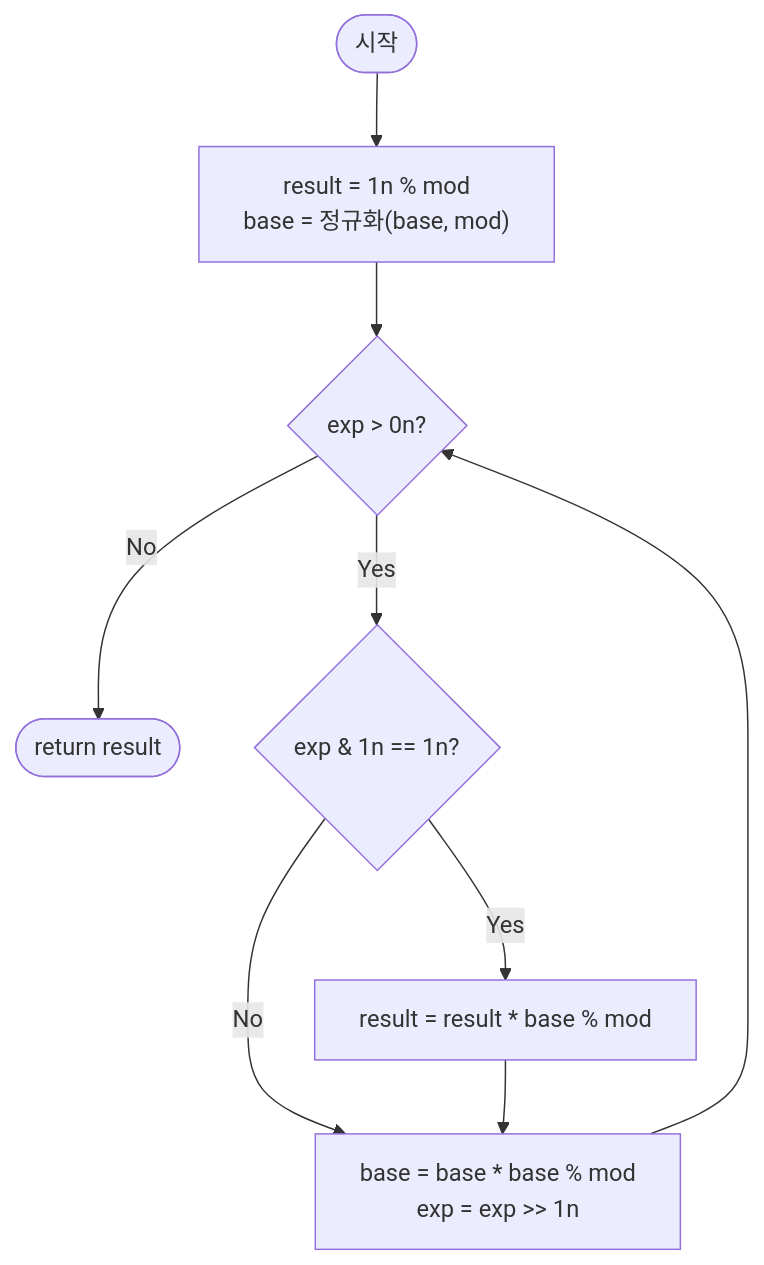
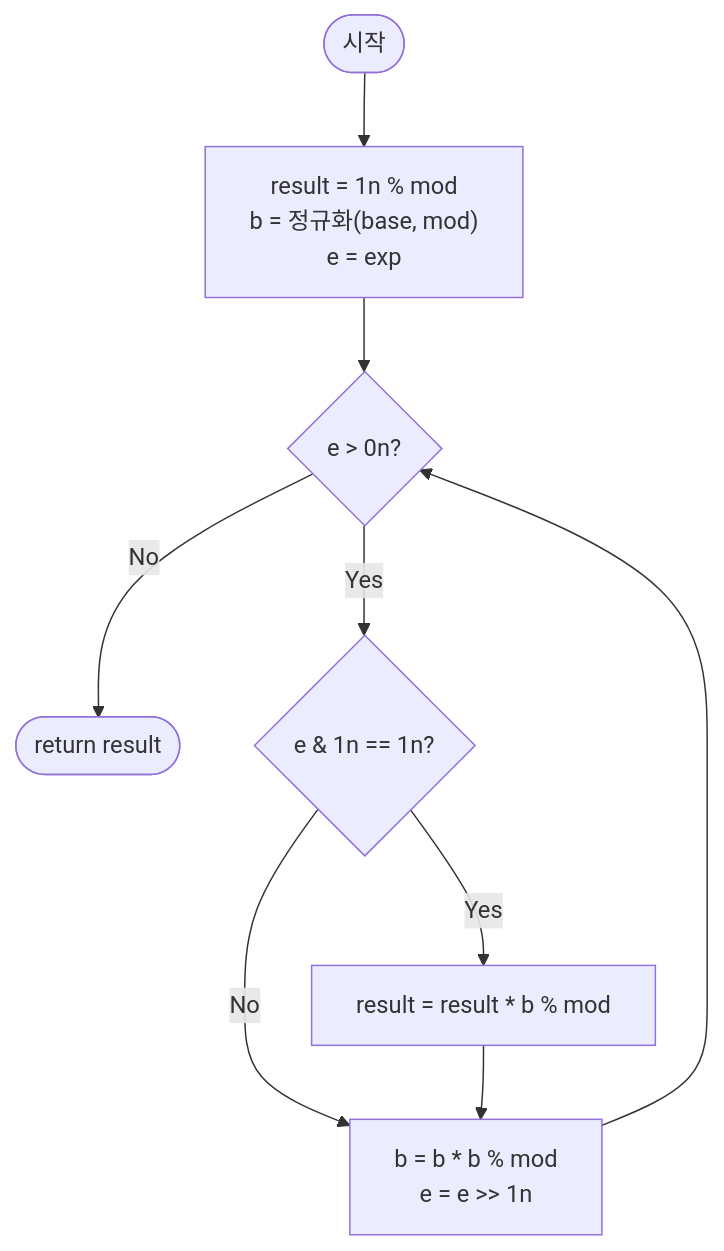
One commit to centurio1987/grow-up-programming changed the diagram in src/algorithms/number-theory/fastPower/fastPower-guide.mdx. Above: the diagram before and after it, drawn with Mermaid. The commit also changed other lines of this file and 23 other files, not shown here.

````diff
--- a/src/algorithms/number-theory/fastPower/fastPower-guide.mdx
+++ b/src/algorithms/number-theory/fastPower/fastPower-guide.mdx
@@ -204,11 +319,11 @@
 ```mermaid
 flowchart TD
-    A([시작]) --> B["result = 1n % mod\nbase = 정규화(base, mod)"]
-    B --> C{exp > 0n?}
-    C -- No  --> F([return result])
-    C -- Yes --> D{exp & 1n == 1n?}
-    D -- Yes --> E["result = result * base % mod"]
-    D -- No  --> G["base = base * base % mod\nexp = exp >> 1n"]
+    A([시작]) --> B["result = 1n % mod<br/>b = 정규화(base, mod)<br/>e = exp"]
+    B --> C{"e > 0n?"}
+    C -- No --> F([return result])
+    C -- Yes --> D{"e & 1n == 1n?"}
+    D -- Yes --> E["result = result * b % mod"]
+    D -- No --> G["b = b * b % mod<br/>e = e >> 1n"]
     E --> G
     G --> C
 ```
````
